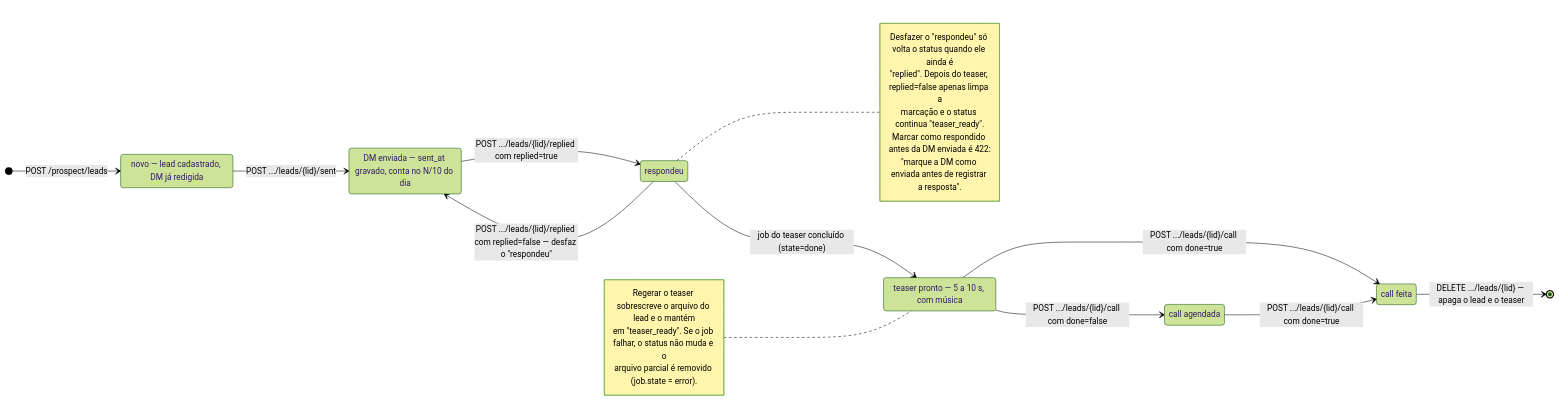
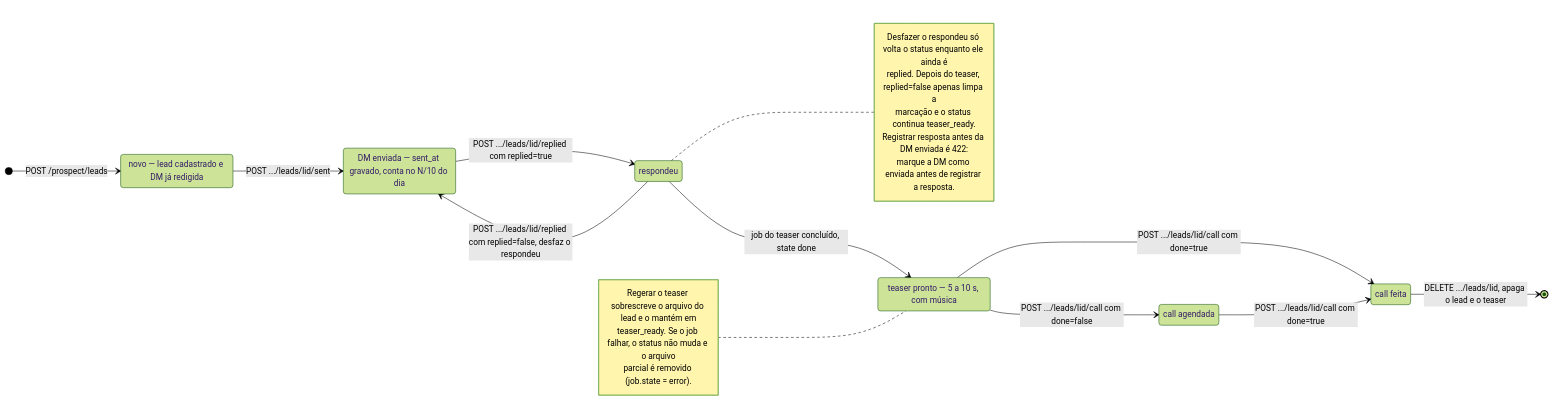
The diagram in docs/domains/prospect/diagrams/mermaid/prospect-estados-lead.mmd (Arthur-Diego/orquestrador-studio), drawn with Mermaid (forest theme) before and after one commit. The commit also changed 2 other files, not shown here.

Commit message:
[OS-011] Etapa 11 — corrige a sintaxe dos diagramas Mermaid
Dois dos três .mmd do commit anterior não renderizavam. Validado com o parser do
mermaid (mermaid.parse): antes, `prospect-fluxo-teaser` e `prospect-gate` davam
"Parse error"; agora os três passam.

- linha de comentário `%%` "vazia" não é removida pelo pré-processador e quebra o
  parser de flowchart e stateDiagram — vira `%% ---`;
- `;` dentro de rótulo de sequenceDiagram é separador de statement e quebrava o
  bloco `alt`;
- crases, aspas e chaves nos rótulos trocadas por texto simples.

Sem mudança de conteúdo técnico: o gate segue documentado como vídeos DISTINTOS.

Task-Id: OS-011

```diff
--- a/docs/domains/prospect/diagrams/mermaid/prospect-estados-lead.mmd
+++ b/docs/domains/prospect/diagrams/mermaid/prospect-estados-lead.mmd
@@ -1,43 +1,43 @@
-%% Etapa 11 (prospect, aula 001) — máquina de estados de um lead em `prospect/leads.json`.
-%%
+%% Etapa 11 (prospect, aula 001) — máquina de estados de um lead em prospect/leads.json.
+%% ---
 %% Fonte de verdade: studio/prospect/service.py (STATUSES, create_lead, mark_sent,
 %% mark_replied, start_teaser, register_call, delete_lead) e studio/etapas/prospect/router.py.
-%% Os identificadores dos estados são exatamente os valores gravados no campo `status`;
+%% Os identificadores dos estados são exatamente os valores gravados no campo status;
 %% o rótulo entre aspas é a leitura em português que a tela mostra.
-%%
-%% Regra que vale para TODA transição: elas só acontecem com o gate aberto — 4 VÍDEOS
-%% DISTINTOS publicados em publish/log.json (ver prospect-gate.mmd). Com o gate fechado,
-%% todo POST/PUT/DELETE responde 409 e o lead não sai do lugar.
+%% ---
+%% Regra que vale para TODA transição: elas só acontecem com o gate aberto, ou seja, 4 VÍDEOS
+%% DISTINTOS publicados em publish/log.json (ver prospect-gate.mmd). Com o gate fechado, todo
+%% POST, PUT e DELETE responde 409 e o lead não sai do lugar.
 stateDiagram-v2
     direction LR
 
-    state "novo — lead cadastrado, DM já redigida" as new
+    state "novo — lead cadastrado e DM já redigida" as new
     state "DM enviada — sent_at gravado, conta no N/10 do dia" as dm_sent
     state "respondeu" as replied
     state "teaser pronto — 5 a 10 s, com música" as teaser_ready
     state "call agendada" as call_scheduled
     state "call feita" as call_done
 
     [*] --> new: POST /prospect/leads
-    new --> dm_sent: POST .../leads/{lid}/sent
-    dm_sent --> replied: POST .../leads/{lid}/replied com replied=true
-    replied --> dm_sent: POST .../leads/{lid}/replied com replied=false — desfaz o "respondeu"
-    replied --> teaser_ready: job do teaser concluído (state=done)
-    teaser_ready --> call_scheduled: POST .../leads/{lid}/call com done=false
-    teaser_ready --> call_done: POST .../leads/{lid}/call com done=true
-    call_scheduled --> call_done: POST .../leads/{lid}/call com done=true
-    call_done --> [*]: DELETE .../leads/{lid} — apaga o lead e o teaser
+    new --> dm_sent: POST .../leads/lid/sent
+    dm_sent --> replied: POST .../leads/lid/replied com replied=true
+    replied --> dm_sent: POST .../leads/lid/replied com replied=false, desfaz o respondeu
+    replied --> teaser_ready: job do teaser concluído, state done
+    teaser_ready --> call_scheduled: POST .../leads/lid/call com done=false
+    teaser_ready --> call_done: POST .../leads/lid/call com done=true
+    call_scheduled --> call_done: POST .../leads/lid/call com done=true
+    call_done --> [*]: DELETE .../leads/lid, apaga o lead e o teaser
 
     note right of replied
-        Desfazer o "respondeu" só volta o status quando ele ainda é
-        "replied". Depois do teaser, replied=false apenas limpa a
-        marcação e o status continua "teaser_ready".
-        Marcar como respondido antes da DM enviada é 422:
-        "marque a DM como enviada antes de registrar a resposta".
+        Desfazer o respondeu só volta o status enquanto ele ainda é
+        replied. Depois do teaser, replied=false apenas limpa a
+        marcação e o status continua teaser_ready.
+        Registrar resposta antes da DM enviada é 422:
+        marque a DM como enviada antes de registrar a resposta.
     end note
 
     note left of teaser_ready
-        Regerar o teaser sobrescreve o arquivo do lead e o mantém
-        em "teaser_ready". Se o job falhar, o status não muda e o
-        arquivo parcial é removido (job.state = error).
+        Regerar o teaser sobrescreve o arquivo do lead e o mantém em
+        teaser_ready. Se o job falhar, o status não muda e o arquivo
+        parcial é removido (job.state = error).
     end note
```
